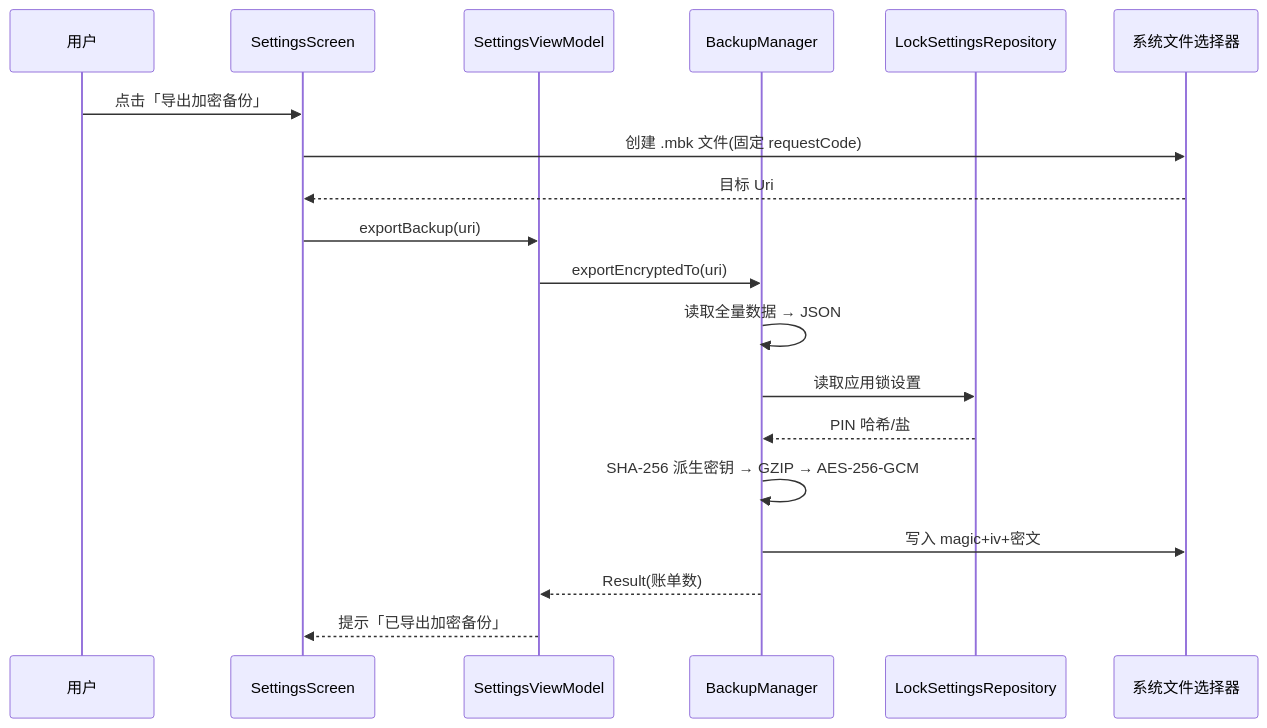
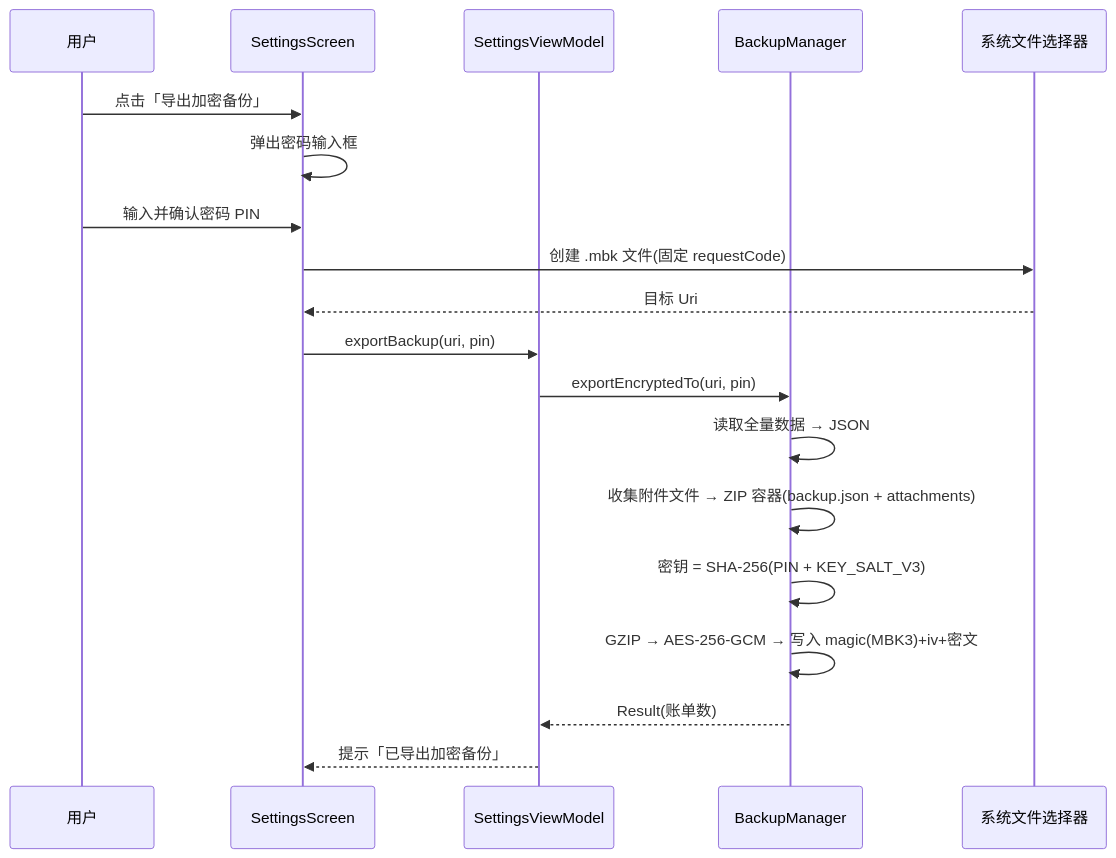
One commit to AndersOnLin4/moneybook changed the fourth of 7 diagrams in docs/03-UML建模.md. Above: the diagram before and after it, drawn with Mermaid. The commit also changed other lines of this file and 4 other files, not shown here.

````diff
--- a/docs/03-UML建模.md
+++ b/docs/03-UML建模.md
@@ -102,22 +107,22 @@
 ```mermaid
 sequenceDiagram
     participant U as 用户
     participant ST as SettingsScreen
     participant VM as SettingsViewModel
     participant BM as BackupManager
-    participant LR as LockSettingsRepository
     participant SAF as 系统文件选择器
 
     U->>ST: 点击「导出加密备份」
+    ST->>ST: 弹出密码输入框
+    U->>ST: 输入并确认密码 PIN
     ST->>SAF: 创建 .mbk 文件(固定 requestCode)
     SAF-->>ST: 目标 Uri
-    ST->>VM: exportBackup(uri)
-    VM->>BM: exportEncryptedTo(uri)
+    ST->>VM: exportBackup(uri, pin)
+    VM->>BM: exportEncryptedTo(uri, pin)
     BM->>BM: 读取全量数据 → JSON
-    BM->>LR: 读取应用锁设置
-    LR-->>BM: PIN 哈希/盐
-    BM->>BM: SHA-256 派生密钥 → GZIP → AES-256-GCM
-    BM->>SAF: 写入 magic+iv+密文
+    BM->>BM: 收集附件文件 → ZIP 容器(backup.json + attachments)
+    BM->>BM: 密钥 = SHA-256(PIN + KEY_SALT_V3)
+    BM->>BM: GZIP → AES-256-GCM → 写入 magic(MBK3)+iv+密文
     BM-->>VM: Result(账单数)
     VM-->>ST: 提示「已导出加密备份」
 ```
````
